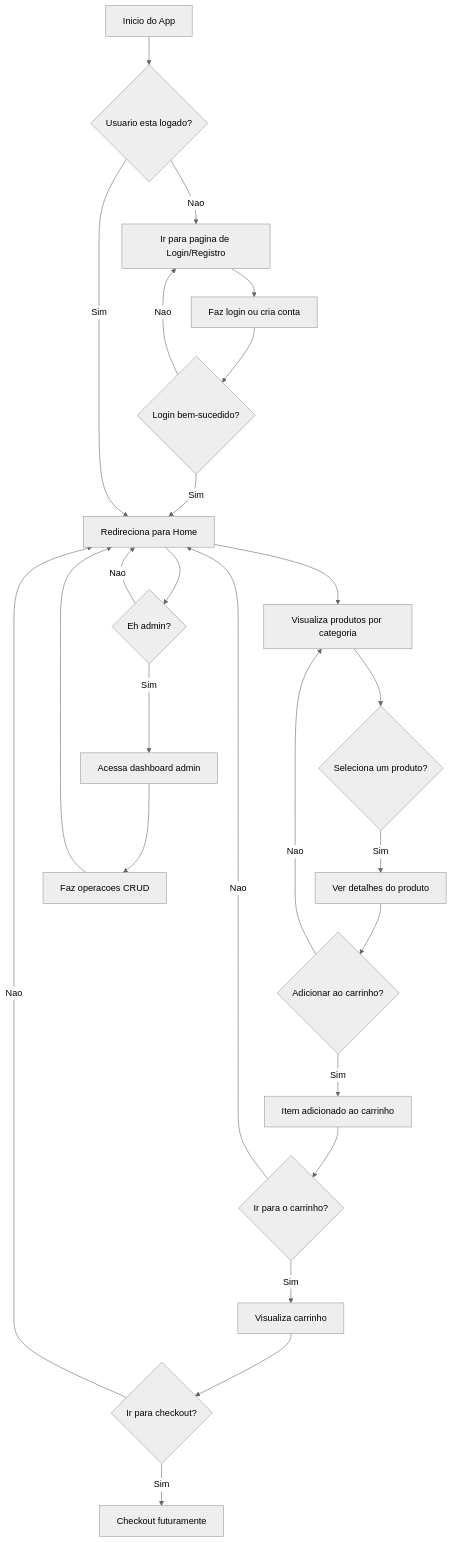
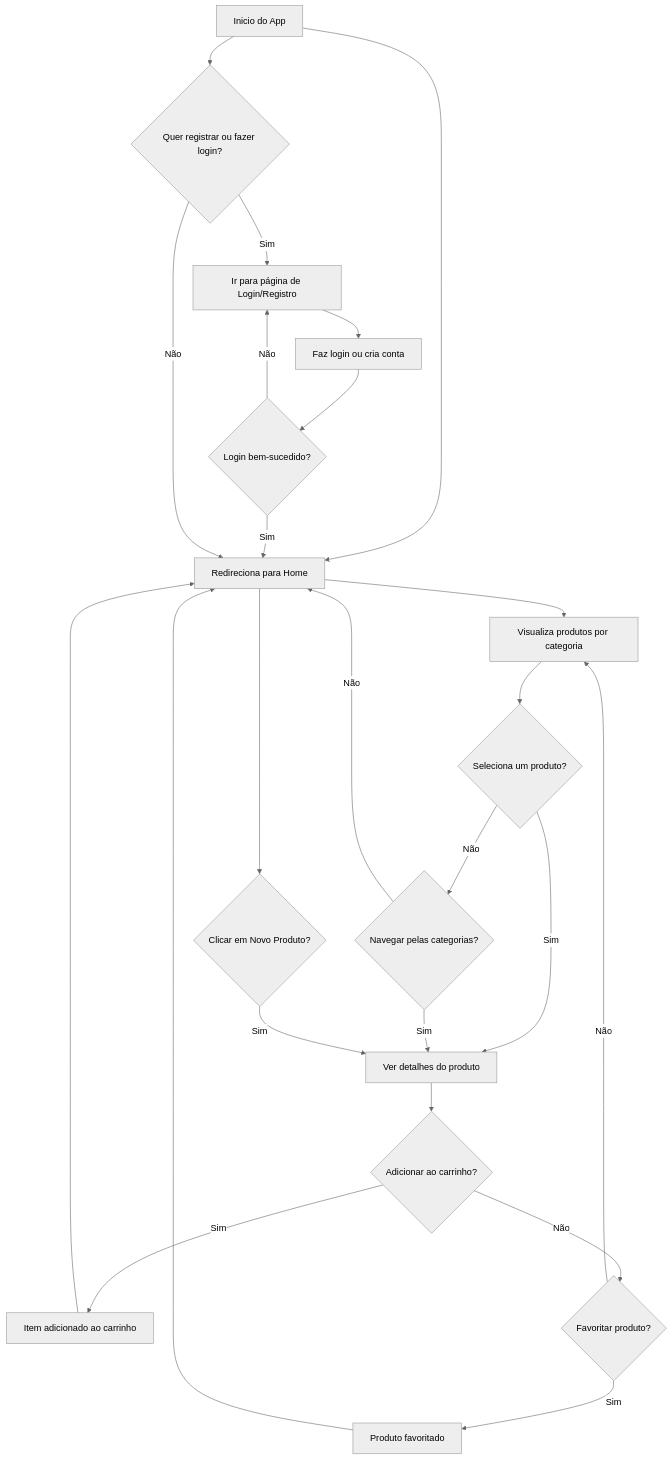
Before and after one commit to ehurafa/aiva-test: the diagram in README.md, drawn with Mermaid (neutral theme).

Commit message:
feat(flowchart): update user flow with product interactions

````diff
--- a/README.md
+++ b/README.md
@@ -165,35 +165,31 @@
 ```mermaid
 flowchart TD
-    A[Inicio do App] --> B{Usuario esta logado?}
-    B -- Nao --> C[Ir para pagina de Login/Registro]
-    C --> D[Faz login ou cria conta]
-    D --> E{Login bem-sucedido?}
-    E -- Nao --> C
-    E -- Sim --> F[Redireciona para Home]
+    A[Inicio do App] --> B[Redireciona para Home]
+    B --> C[Visualiza produtos por categoria]
+    C --> D{Seleciona um produto?}
+    D -- Sim --> E[Ver detalhes do produto]
+    D -- Não --> F{Navegar pelas categorias?}
+    F -- Sim --> E
+    F -- Não --> B
 
-    B -- Sim --> F[Redireciona para Home]
+    B --> G{Clicar em Novo Produto?}
+    G -- Sim --> E
 
-    F --> G[Visualiza produtos por categoria]
-    G --> H{Seleciona um produto?}
-    H -- Sim --> I[Ver detalhes do produto]
-    I --> J{Adicionar ao carrinho?}
-    J -- Sim --> K[Item adicionado ao carrinho]
-    J -- Nao --> G
+    E --> H{Adicionar ao carrinho?}
+    H -- Sim --> I[Item adicionado ao carrinho]
+    H -- Não --> J{Favoritar produto?}
+    J -- Sim --> K[Produto favoritado]
+    J -- Não --> C
 
-    K --> L{Ir para o carrinho?}
-    L -- Sim --> M[Visualiza carrinho]
-    M --> N{Ir para checkout?}
-    N -- Sim --> O[Checkout futuramente]
-    N -- Nao --> F
+    I --> B
+    K --> B
 
-    L -- Nao --> F
-
-    F --> P{Eh admin?}
-    P -- Sim --> Q[Acessa dashboard admin]
-    Q --> R[Faz operacoes CRUD]
-    R --> F
-
-    P -- Nao --> F
-
+    A --> L{Quer registrar ou fazer login?}
+    L -- Sim --> M[Ir para página de Login/Registro]
+    M --> N[Faz login ou cria conta]
+    N --> O{Login bem-sucedido?}
+    O -- Não --> M
+    O -- Sim --> B
+    L -- Não --> B
 
 ```
````
